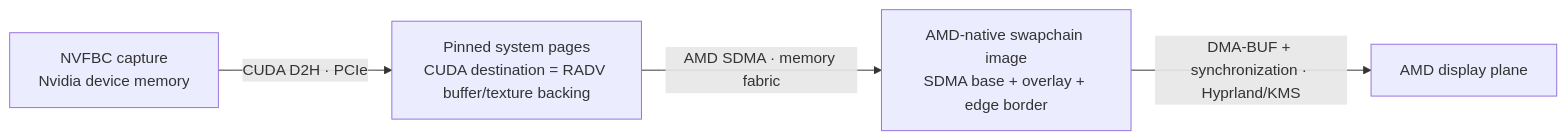
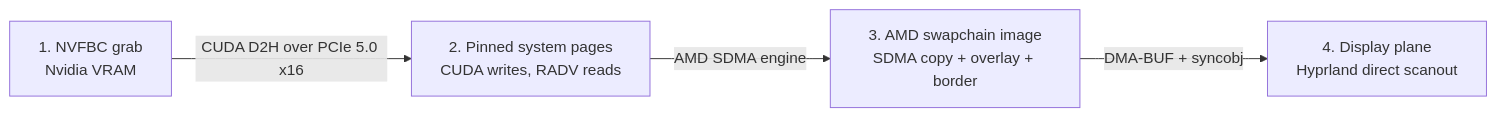
The diagram in docs/cross-gpu.md (catpranks/WaywardGriffin), drawn with Mermaid before and after one commit. The commit also changed other lines of this file, not shown here.

````diff
--- a/docs/cross-gpu.md
+++ b/docs/cross-gpu.md
@@ -26,10 +16,10 @@
 ```mermaid
 flowchart LR
-    N["NVFBC capture<br/>Nvidia device memory"]
-    H["Pinned system pages<br/>CUDA destination = RADV buffer/texture backing"]
-    A["AMD-native swapchain image<br/>SDMA base + overlay + edge border"]
-    D["AMD display plane"]
-    N -->|"CUDA D2H · PCIe"| H
-    H -->|"AMD SDMA · memory fabric"| A
-    A -->|"DMA-BUF + synchronization · Hyprland/KMS"| D
+    N["1. NVFBC grab<br/>Nvidia VRAM"]
+    H["2. Pinned system pages<br/>CUDA writes, RADV reads"]
+    A["3. AMD swapchain image<br/>SDMA copy + overlay + border"]
+    D["4. Display plane<br/>Hyprland direct scanout"]
+    N -->|"CUDA D2H over PCIe 5.0 x16"| H
+    H -->|"AMD SDMA engine"| A
+    A -->|"DMA-BUF + syncobj"| D
 ```
````
